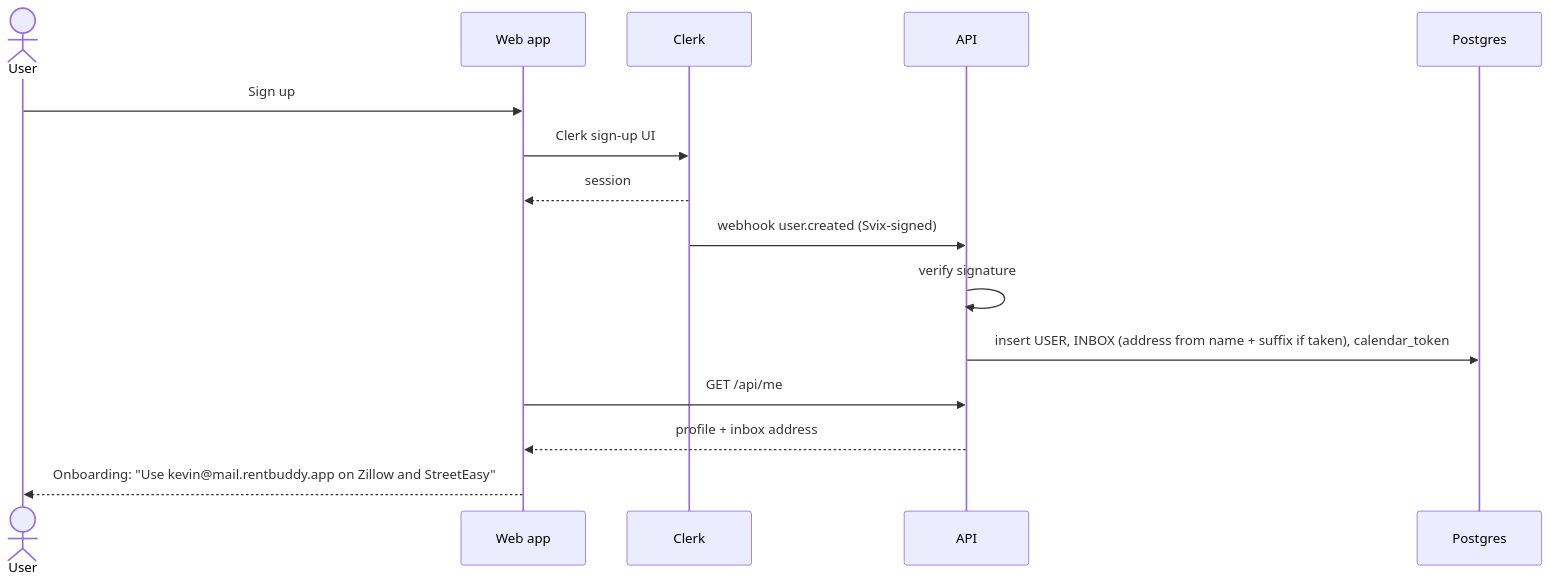
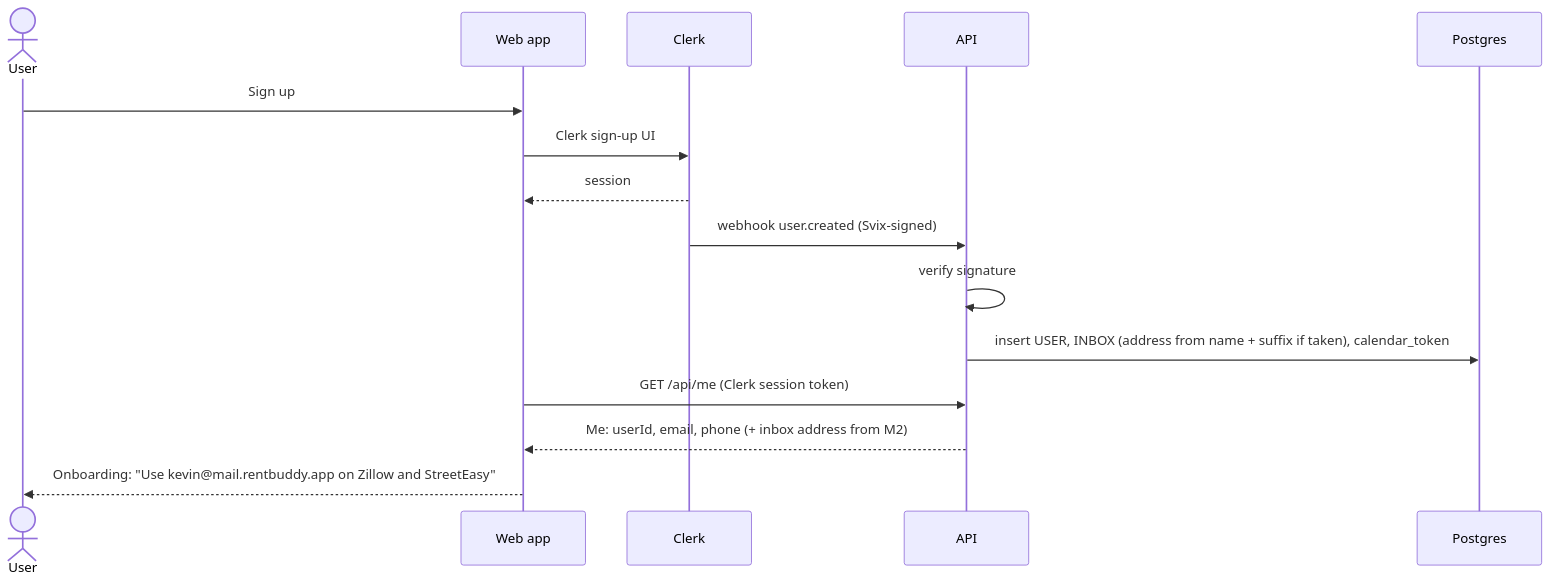
One commit to kvnyng/rentbuddy changed the fifth of 9 diagrams in docs/architecture.md. Above: the diagram before and after it, drawn with Mermaid. The commit also changed other lines of this file and 2 other files, not shown here.

Commit message:
docs: environments, auth and layout as built; Workflows replace Inngest; roadmap rows 0.5, 4.5, PR 5 detail view

````diff
--- a/docs/architecture.md
+++ b/docs/architecture.md
@@ -265,18 +278,18 @@
 ```mermaid
 sequenceDiagram
   actor U as User
   participant W as Web app
   participant C as Clerk
   participant A as API
   participant D as Postgres
 
   U->>W: Sign up
   W->>C: Clerk sign-up UI
   C-->>W: session
   C->>A: webhook user.created (Svix-signed)
   A->>A: verify signature
   A->>D: insert USER, INBOX (address from name + suffix if taken), calendar_token
-  W->>A: GET /api/me
-  A-->>W: profile + inbox address
+  W->>A: GET /api/me (Clerk session token)
+  A-->>W: Me: userId, email, phone (+ inbox address from M2)
   W-->>U: Onboarding: "Use kevin@mail.rentbuddy.app on Zillow and StreetEasy"
 ```
````
